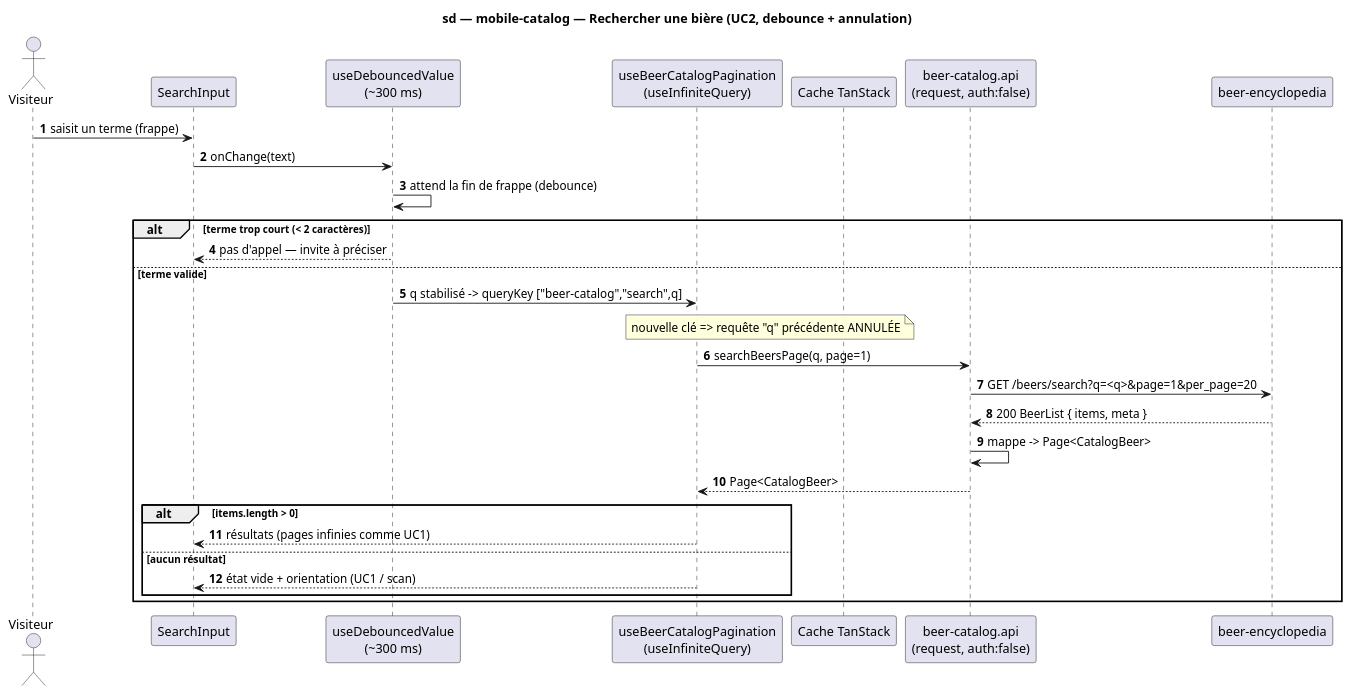
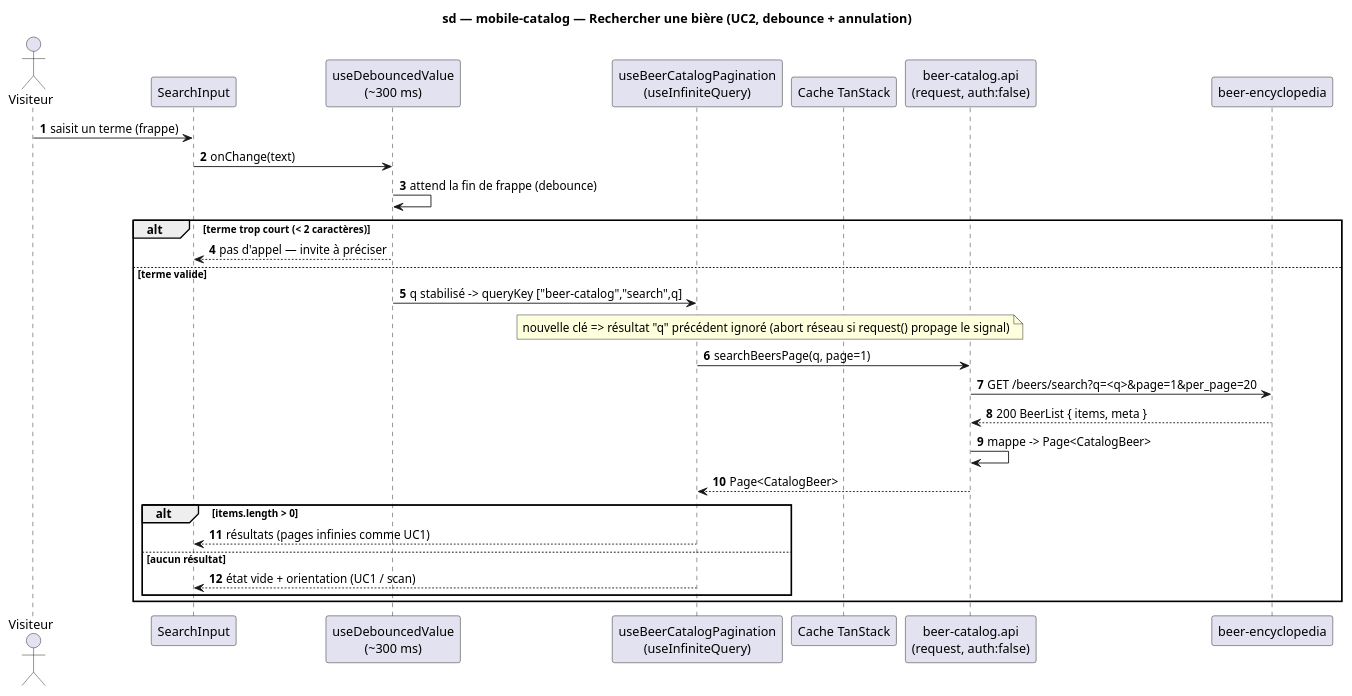
The second of 2 diagrams in docs/architecture/diagrams/mobile-catalog/03-sequence-search.md (benoit-bremaud/brasse-bouillon), drawn with PlantUML before and after one commit. The commit also changed other lines of this file and 6 other files, not shown here.

````diff
--- a/docs/architecture/diagrams/mobile-catalog/03-sequence-search.md
+++ b/docs/architecture/diagrams/mobile-catalog/03-sequence-search.md
@@ -53,33 +53,33 @@
 ```plantuml
 @startuml
 title sd — mobile-catalog — Rechercher une bière (UC2, debounce + annulation)
 autonumber
 actor Visiteur as U
 participant "SearchInput" as SB
 participant "useDebouncedValue\n(~300 ms)" as D
 participant "useBeerCatalogPagination\n(useInfiniteQuery)" as H
 participant "Cache TanStack" as Q
 participant "beer-catalog.api\n(request, auth:false)" as API
 participant "beer-encyclopedia" as E
 
 U -> SB : saisit un terme (frappe)
 SB -> D : onChange(text)
 D -> D : attend la fin de frappe (debounce)
 alt terme trop court (< 2 caractères)
   D --> SB : pas d'appel — invite à préciser
 else terme valide
   D -> H : q stabilisé -> queryKey ["beer-catalog","search",q]
-  note over H, Q : nouvelle clé => requête "q" précédente ANNULÉE
+  note over H, Q : nouvelle clé => résultat "q" précédent ignoré (abort réseau si request() propage le signal)
   H -> API : searchBeersPage(q, page=1)
   API -> E : GET /beers/search?q=<q>&page=1&per_page=20
   E --> API : 200 BeerList { items, meta }
   API -> API : mappe -> Page<CatalogBeer>
   API --> H : Page<CatalogBeer>
   alt items.length > 0
     H --> SB : résultats (pages infinies comme UC1)
   else aucun résultat
     H --> SB : état vide + orientation (UC1 / scan)
   end
 end
 @enduml
 ```
````
